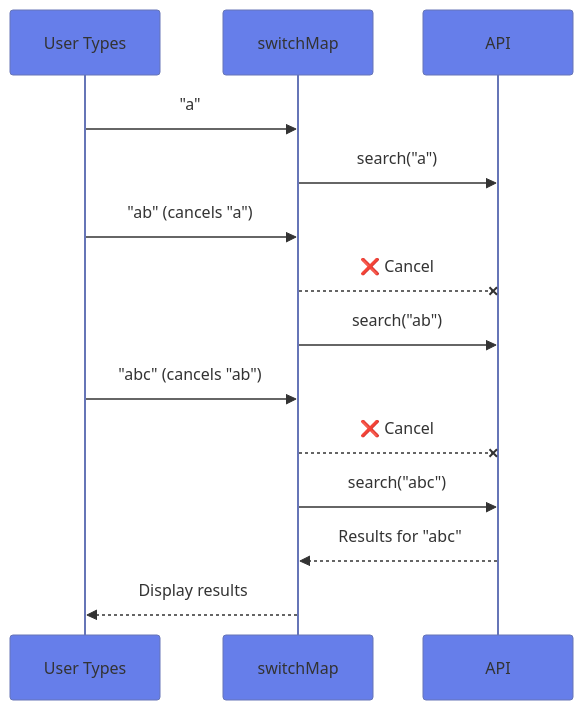
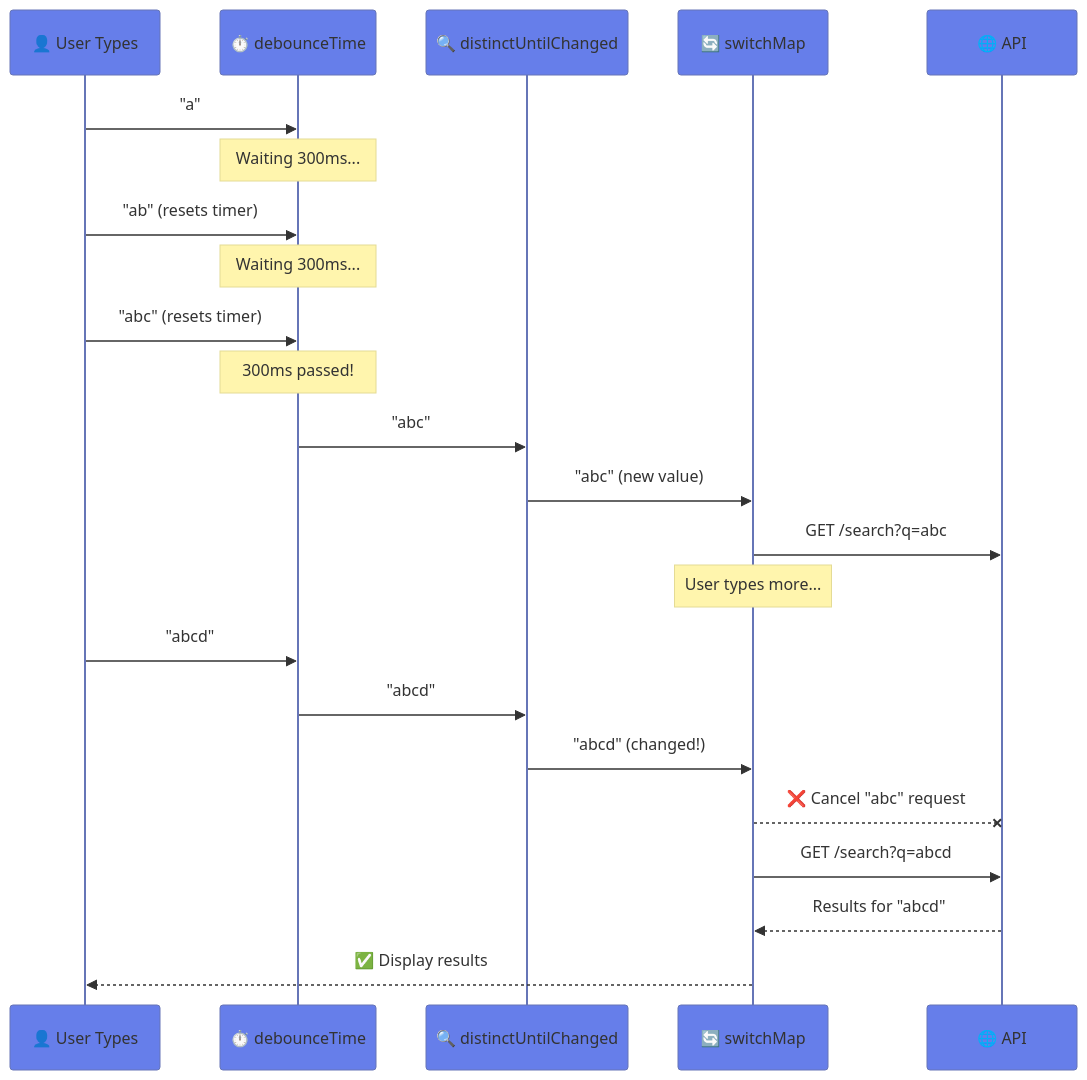
One commit to Vijay-Barapatre/Angular-feature changed the second of 5 diagrams in src/app/features/http-client/components/use-case-6/guide.md. Above: the diagram before and after it, drawn with Mermaid. The commit also changed other lines of this file and 112 other files, not shown here.

````diff
--- a/src/app/features/http-client/components/use-case-6/guide.md
+++ b/src/app/features/http-client/components/use-case-6/guide.md
@@ -21,18 +183,27 @@
 ```mermaid
 %%{init: {'theme':'base', 'themeVariables': { 'primaryColor':'#667eea'}}}%%
 sequenceDiagram
-    participant U as User Types
-    participant S as switchMap
-    participant API as API
+    participant U as 👤 User Types
+    participant D as ⏱️ debounceTime
+    participant DU as 🔍 distinctUntilChanged
+    participant S as 🔄 switchMap
+    participant API as 🌐 API
     
-    U->>S: "a"
-    S->>API: search("a")
-    U->>S: "ab" (cancels "a")
-    S--xAPI: ❌ Cancel
-    S->>API: search("ab")
-    U->>S: "abc" (cancels "ab")
-    S--xAPI: ❌ Cancel
-    S->>API: search("abc")
-    API-->>S: Results for "abc"
-    S-->>U: Display results
+    U->>D: "a"
+    Note over D: Waiting 300ms...
+    U->>D: "ab" (resets timer)
+    Note over D: Waiting 300ms...
+    U->>D: "abc" (resets timer)
+    Note over D: 300ms passed!
+    D->>DU: "abc"
+    DU->>S: "abc" (new value)
+    S->>API: GET /search?q=abc
+    Note over S: User types more...
+    U->>D: "abcd"
+    D->>DU: "abcd"
+    DU->>S: "abcd" (changed!)
+    S--xAPI: ❌ Cancel "abc" request
+    S->>API: GET /search?q=abcd
+    API-->>S: Results for "abcd"
+    S-->>U: ✅ Display results
 ```
````
